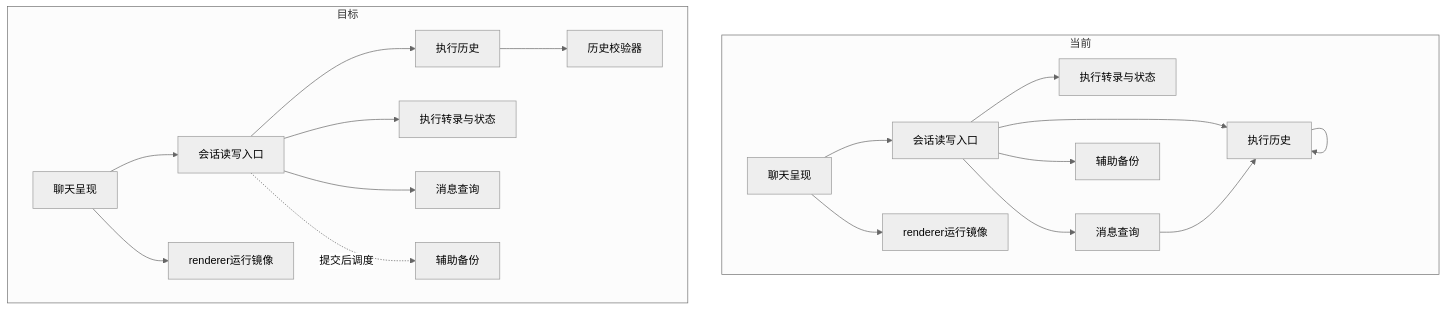
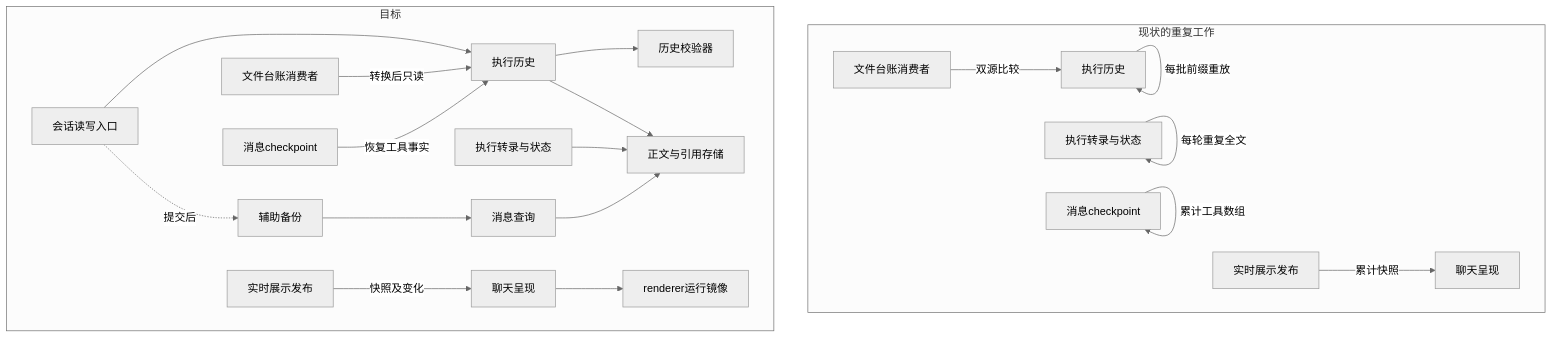
Before and after one commit to SpaceHuang/SpaceAssistant: the diagram in docs/develop/storage-session/in-flight/会话存储全链路性能改进方案.md, drawn with Mermaid (neutral theme). The commit also changed other lines of this file and 1 other file, not shown here.

````diff
--- a/docs/develop/storage-session/in-flight/会话存储全链路性能改进方案.md
+++ b/docs/develop/storage-session/in-flight/会话存储全链路性能改进方案.md
@@ -76,22 +97,23 @@
 ```mermaid
 flowchart TB
-  subgraph CURRENT[当前]
-    C1[会话读写入口] --> C2[执行历史]
-    C2 --> C2
-    C1 --> C3[执行转录与状态]
-    C1 --> C4[消息查询]
-    C4 --> C2
-    C1 --> C5[辅助备份]
-    C6[聊天呈现] --> C1
-    C6 --> C7[renderer运行镜像]
+  subgraph OLD[现状的重复工作]
+    O1[执行历史] -->|每批前缀重放| O1
+    O2[执行转录与状态] -->|每轮重复全文| O2
+    O3[文件台账消费者] -->|双源比较| O1
+    O4[消息checkpoint] -->|累计工具数组| O4
+    O5[实时展示发布] -->|累计快照| O6[聊天呈现]
   end
-  subgraph TARGET[目标]
-    T6[聊天呈现] --> T1[会话读写入口]
-    T1 --> T2[执行历史]
-    T1 --> T3[执行转录与状态]
-    T1 --> T4[消息查询]
-    T1 -.提交后调度.-> T5[辅助备份]
-    T6 --> T7[renderer运行镜像]
-    T2 --> T8[历史校验器]
+  subgraph NEW[目标]
+    N1[会话读写入口] --> N2[执行历史]
+    N2 --> N3[历史校验器]
+    N2 --> N4[正文与引用存储]
+    N5[执行转录与状态] --> N4
+    N6[消息查询] --> N4
+    N7[文件台账消费者] -->|转换后只读| N2
+    N8[消息checkpoint] -->|恢复工具事实| N2
+    N9[实时展示发布] -->|快照及变化| N10[聊天呈现]
+    N10 --> N11[renderer运行镜像]
+    N1 -.提交后.-> N12[辅助备份]
+    N12 --> N6
   end
 ```
````
